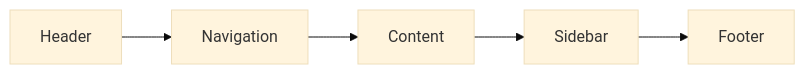
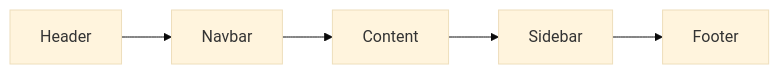
One commit to dnrprsty/Web2_Praktikum changed the fifth of 10 diagrams in README.md. Above: the diagram before and after it, drawn with Mermaid (base theme). The commit also changed other lines of this file, not shown here.

````diff
--- a/README.md
+++ b/README.md
@@ -108,7 +282,7 @@
 ```mermaid
 flowchart LR
-    A[Header] --> B[Navigation]
+    A[Header] --> B[Navbar]
     B --> C[Content]
     C --> D[Sidebar]
     D --> E[Footer]
 ```
````
